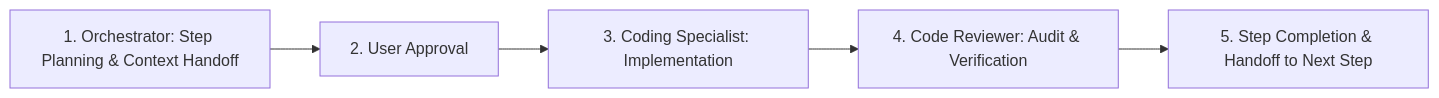
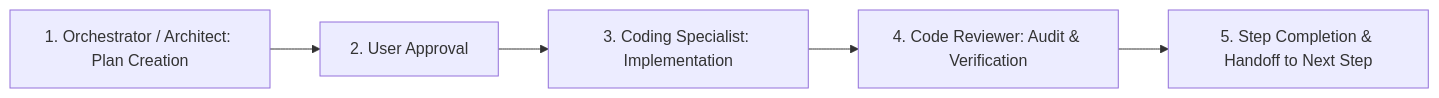
The diagram in AGENTS.md (Crlyzd/Methik), drawn with Mermaid before and after one commit. The commit also changed other lines of this file and 17 other files, not shown here.

First line of the commit message:
feat: add multi-architecture release pipeline and in-app GitHub updater

````diff
--- a/AGENTS.md
+++ b/AGENTS.md
@@ -11,7 +13,7 @@
 ```mermaid
 graph LR
-    Orchestrator[1. Orchestrator: Step Planning & Context Handoff] --> UserApprove[2. User Approval]
+    Orchestrator[1. Orchestrator / Architect: Plan Creation] --> UserApprove[2. User Approval]
     UserApprove --> CodingSpecialist[3. Coding Specialist: Implementation]
     CodingSpecialist --> CodeReviewer[4. Code Reviewer: Audit & Verification]
     CodeReviewer --> NextStep[5. Step Completion & Handoff to Next Step]
 ```
````
